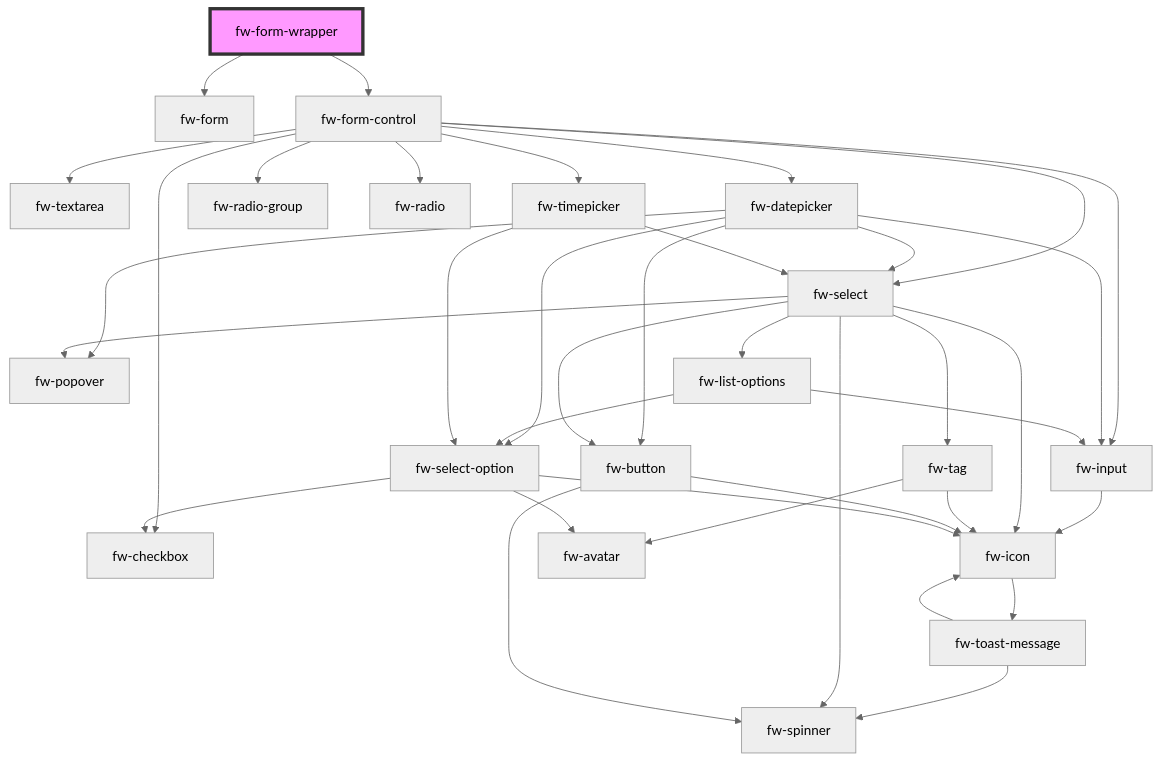
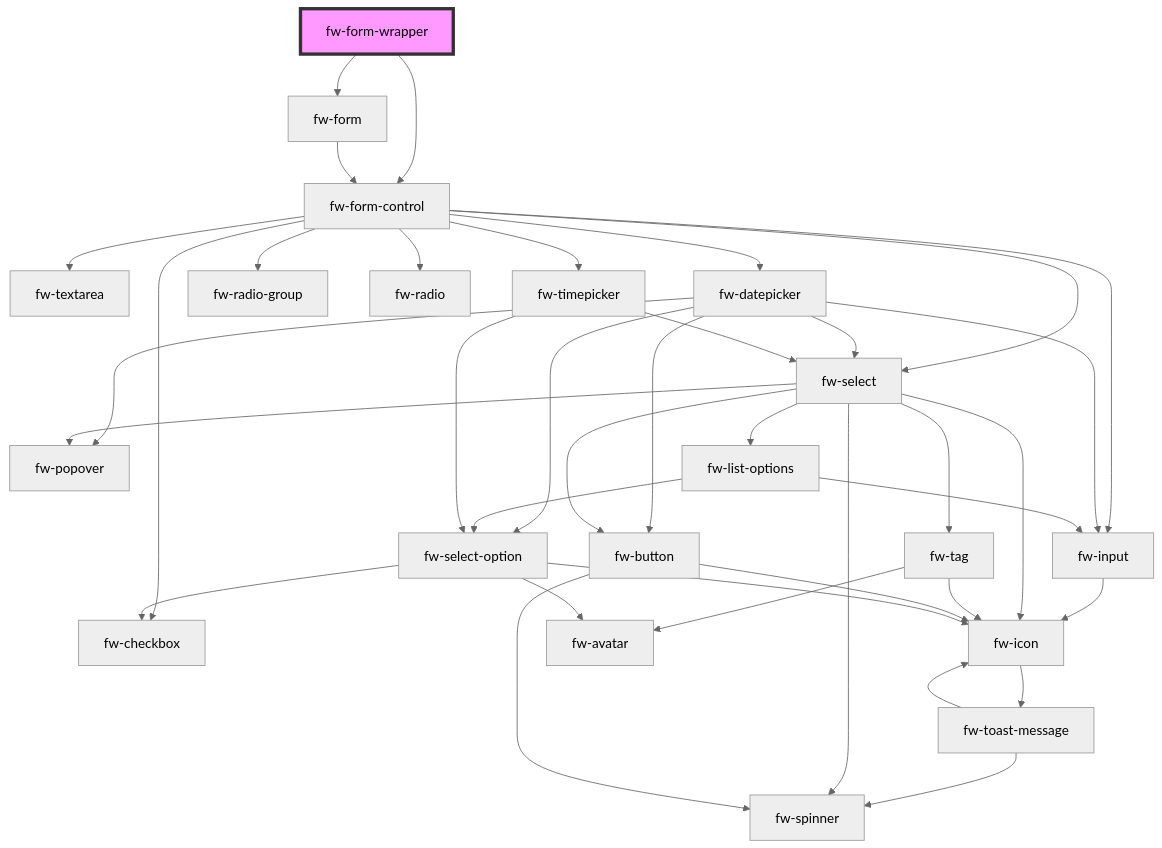
The diagram in packages/crayons-core/src/components/form-wrapper/readme.md (freshworks/crayons), drawn with Mermaid (neutral theme) before and after one commit. The commit also changed 7 other files, not shown here.

Commit message:
feat(fw-form): handle formschema mapping in fw-form and expose fwFormChange event in fw-form-control

````diff
--- a/packages/crayons-core/src/components/form-wrapper/readme.md
+++ b/packages/crayons-core/src/components/form-wrapper/readme.md
@@ -50,40 +50,41 @@
 ```mermaid
 graph TD;
   fw-form-wrapper --> fw-form
   fw-form-wrapper --> fw-form-control
+  fw-form --> fw-form-control
   fw-form-control --> fw-input
   fw-form-control --> fw-textarea
   fw-form-control --> fw-datepicker
   fw-form-control --> fw-checkbox
   fw-form-control --> fw-radio-group
   fw-form-control --> fw-radio
   fw-form-control --> fw-select
   fw-form-control --> fw-timepicker
   fw-input --> fw-icon
   fw-icon --> fw-toast-message
   fw-toast-message --> fw-spinner
   fw-toast-message --> fw-icon
   fw-datepicker --> fw-popover
   fw-datepicker --> fw-input
   fw-datepicker --> fw-select
   fw-datepicker --> fw-select-option
   fw-datepicker --> fw-button
   fw-select --> fw-tag
   fw-select --> fw-popover
   fw-select --> fw-button
   fw-select --> fw-spinner
   fw-select --> fw-icon
   fw-select --> fw-list-options
   fw-tag --> fw-avatar
   fw-tag --> fw-icon
   fw-button --> fw-spinner
   fw-button --> fw-icon
   fw-list-options --> fw-select-option
   fw-list-options --> fw-input
   fw-select-option --> fw-icon
   fw-select-option --> fw-checkbox
   fw-select-option --> fw-avatar
   fw-timepicker --> fw-select
   fw-timepicker --> fw-select-option
   style fw-form-wrapper fill:#f9f,stroke:#333,stroke-width:4px
 ```
````
